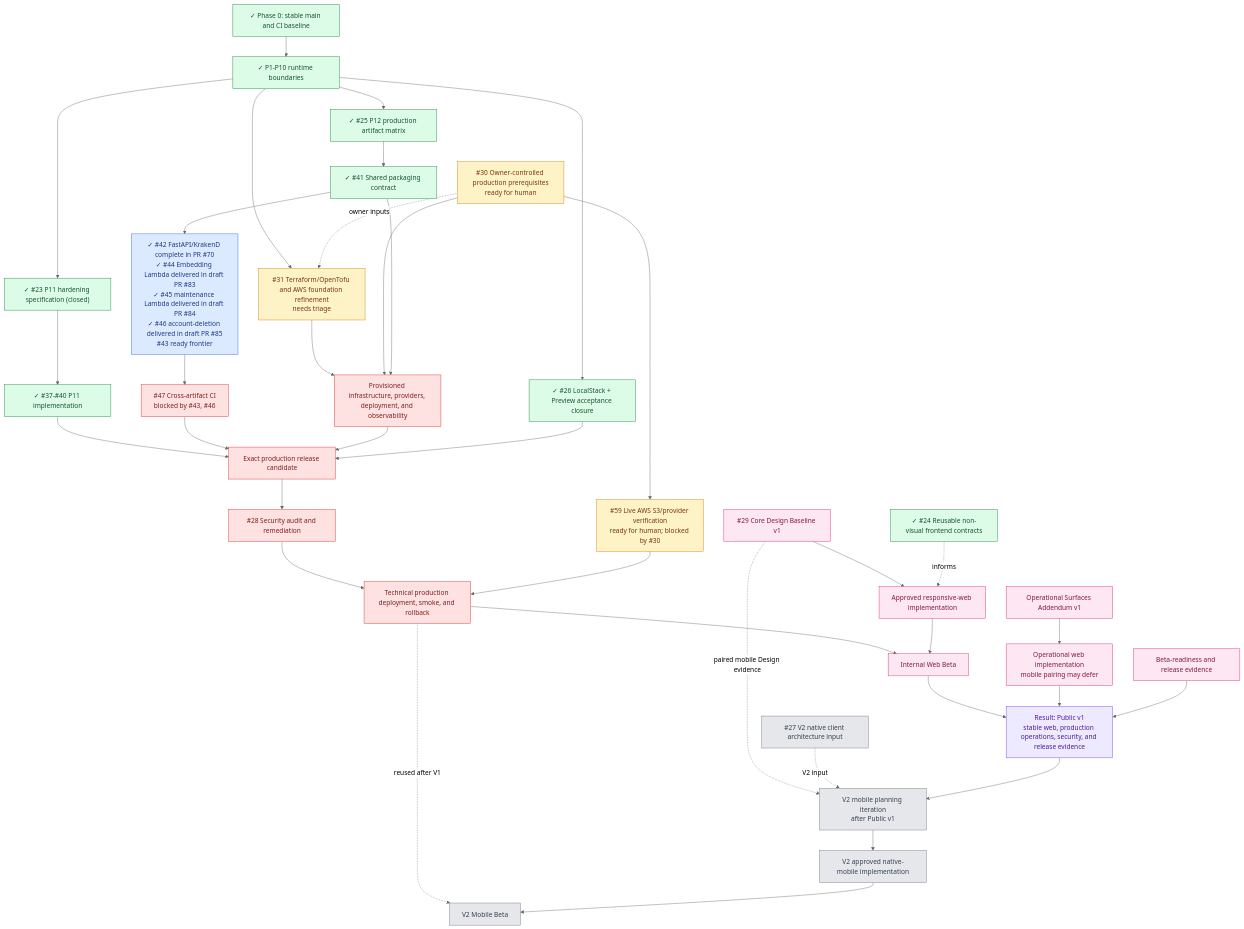
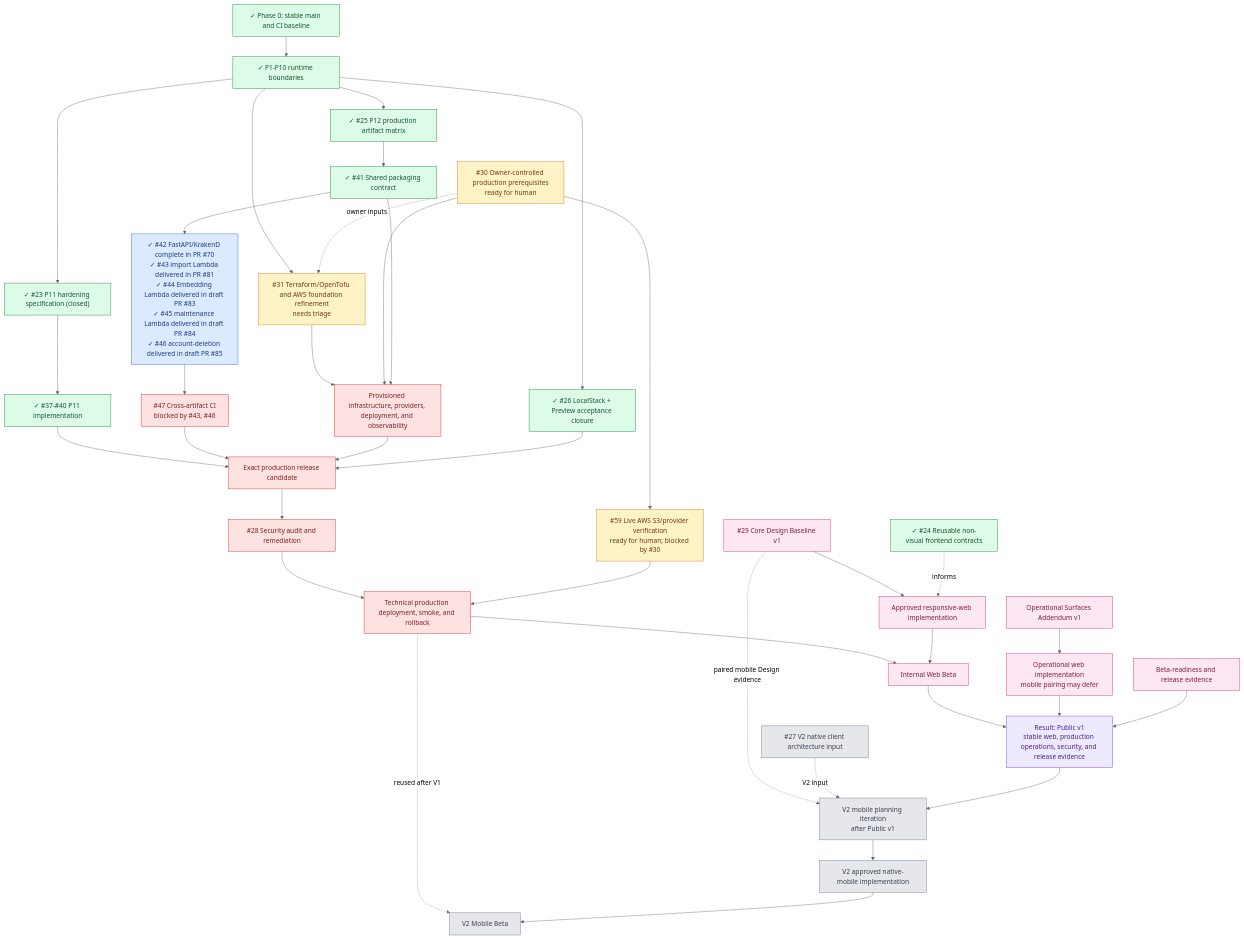
Before and after one commit to starkovalera/recipe-manager: the third of 3 diagrams in docs/roadmap.md, drawn with Mermaid (neutral theme). The commit also changed other lines of this file and 8 other files, not shown here.

First line of the commit message:
[DEV][INFRA] Build import Lambda production artifact (#81)

```diff
--- a/docs/roadmap.md
+++ b/docs/roadmap.md
@@ -188,7 +188,7 @@
   p11Implementation["✓ #37-#40 P11 implementation"]
   p12Spec["✓ #25 P12 production artifact matrix"]
   p12Shared["✓ #41 Shared packaging contract"]
-  p12Artifacts["✓ #42 FastAPI/KrakenD complete in PR #70<br/>✓ #44 Embedding Lambda delivered in draft PR #83<br/>✓ #45 maintenance Lambda delivered in draft PR #84<br/>✓ #46 account-deletion delivered in draft PR #85<br/>#43 ready frontier"]
+  p12Artifacts["✓ #42 FastAPI/KrakenD complete in PR #70<br/>✓ #43 import Lambda delivered in PR #81<br/>✓ #44 Embedding Lambda delivered in draft PR #83<br/>✓ #45 maintenance Lambda delivered in draft PR #84<br/>✓ #46 account-deletion delivered in draft PR #85"]
   p12Ci["#47 Cross-artifact CI<br/>blocked by #43, #46"]
   localstack["✓ #26 LocalStack + Preview acceptance closure"]
   liveAws["#59 Live AWS S3/provider verification<br/>ready for human; blocked by #30"]
```
